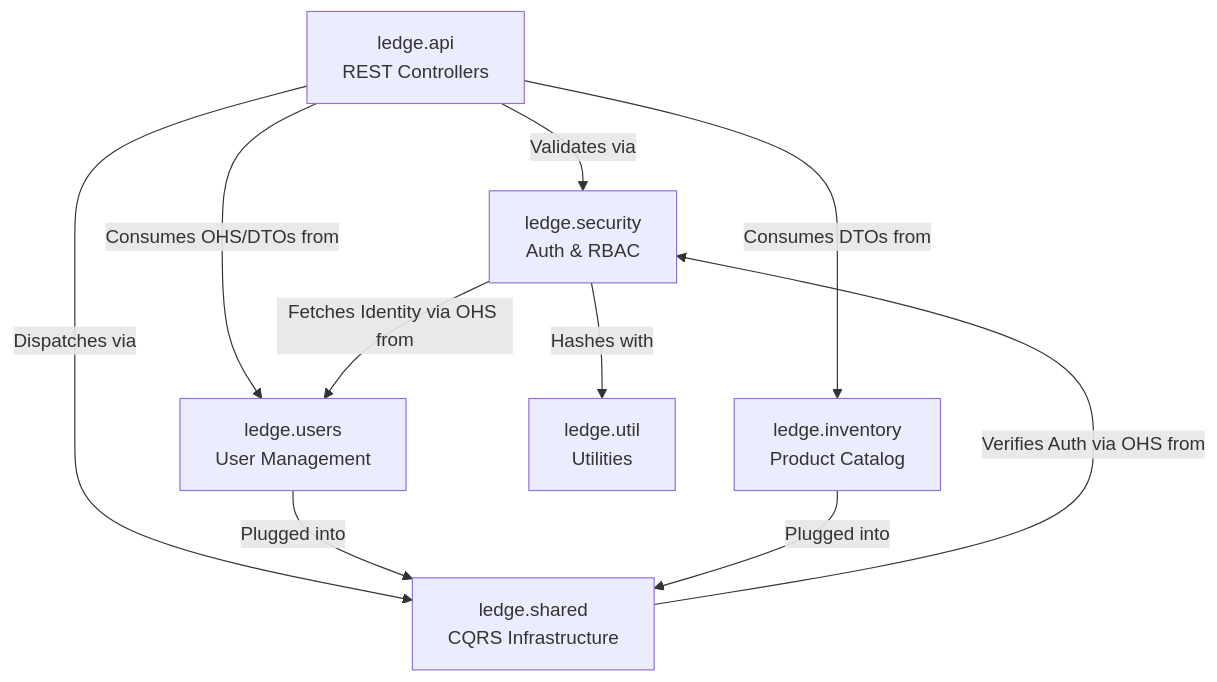
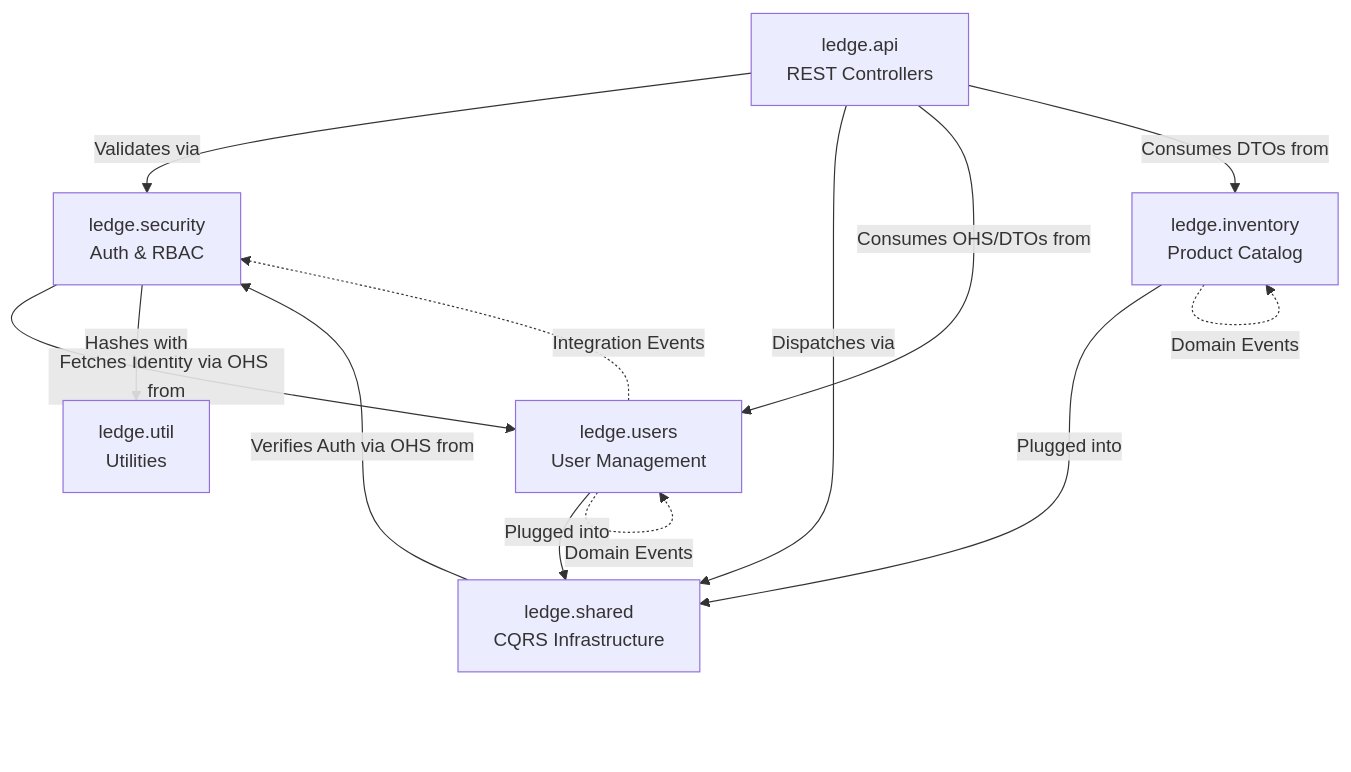
The diagram in docs/module-communication.md (fahad-accordion-23/inventory-manager), drawn with Mermaid before and after one commit. The commit also changed other lines of this file and 2 other files, not shown here.

Commit message:
docs: update architecture and dependency documentation

````diff
--- a/docs/module-communication.md
+++ b/docs/module-communication.md
@@ -7,24 +7,29 @@
 ```mermaid
 graph TD
     %% Define Contexts
     API[ledge.api <br/> REST Controllers]
     Security[ledge.security <br/> Auth & RBAC]
     Users[ledge.users <br/> User Management]
     Inventory[ledge.inventory <br/> Product Catalog]
     Shared[ledge.shared <br/> CQRS Infrastructure]
     Util[ledge.util <br/> Utilities]
 
     %% High Level Dependencies
     API -->|Validates via| Security
     API -->|Dispatches via| Shared
     API -->|Consumes OHS/DTOs from| Users
     API -->|Consumes DTOs from| Inventory
 
     Security -->|Fetches Identity via OHS from| Users
     Security -->|Hashes with| Util
     
     Shared -->|Verifies Auth via OHS from| Security
 
     Users -->|Plugged into| Shared
     Inventory -->|Plugged into| Shared
+
+    %% Event Flows
+    Users -.->|Integration Events| Security
+    Users -.->|Domain Events| Users
+    Inventory -.->|Domain Events| Inventory
 ```
````
